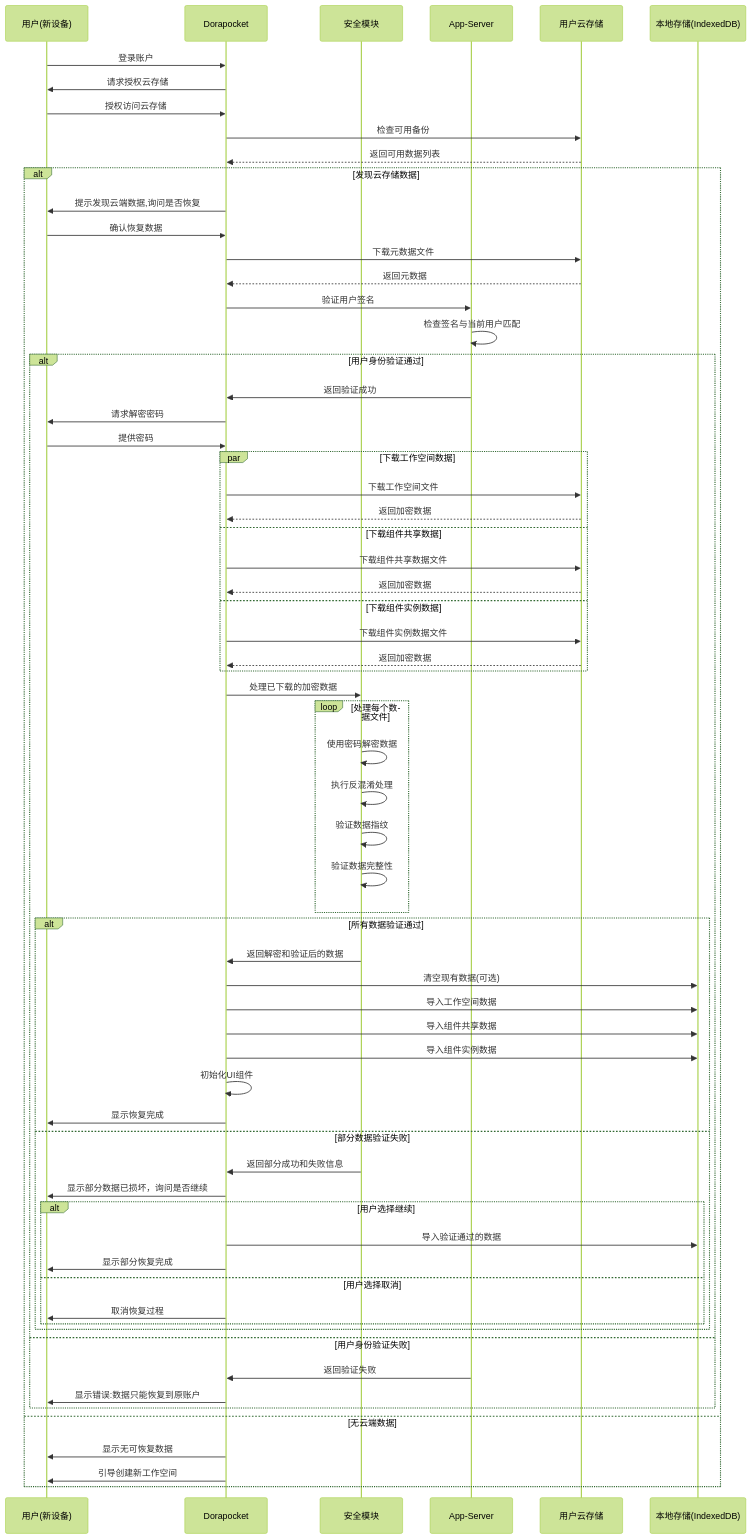
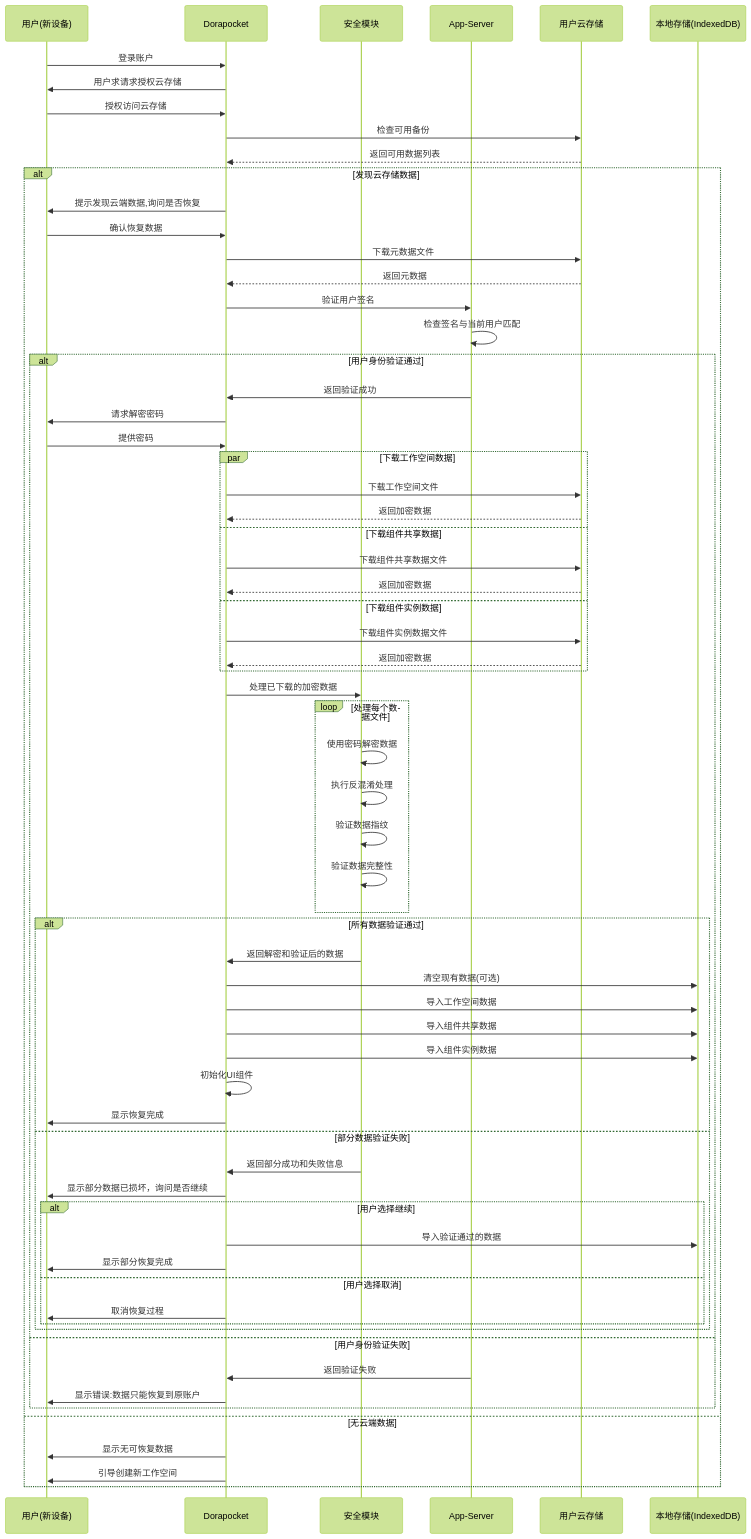
Before and after one commit to yingjianzh/iodraw-files: the diagram in all/未命名-34.md, drawn with Mermaid (forest theme).

Commit message:
2025-04-17 17:05:01 update

```diff
--- a/all/未命名-34.md
+++ b/all/未命名-34.md
@@ -8,9 +8,7 @@
     participant LocalDB as 本地存储(IndexedDB)
     
     User->>App: 登录账户
-    
-    
-    App->>User: 请求授权云存储
+    App->>User: 用户求请求授权云存储
     User->>App: 授权访问云存储
     
     App->>UserCloud: 检查可用备份
```
